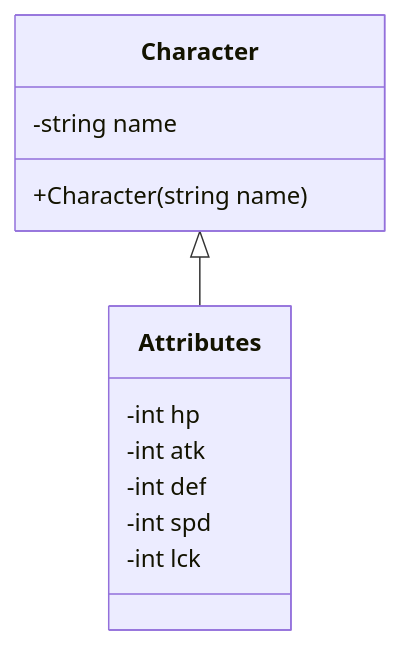
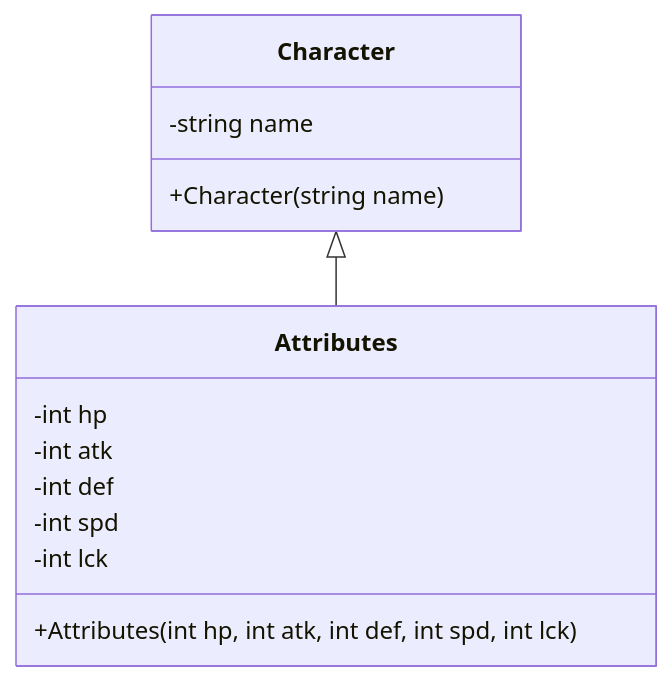
One commit to AlejandroSnap/PROYECTO-POO changed the diagram in Diagrama.md. Above: the diagram before and after it, drawn with Mermaid.

````diff
--- a/Diagrama.md
+++ b/Diagrama.md
@@ -3,17 +3,18 @@
 ```mermaid
 classDiagram
     class Character {
         -string name
         +Character(string name)
     }
 
     class Attributes {
         -int hp
         -int atk
         -int def
         -int spd
         -int lck
+        +Attributes(int hp, int atk, int def, int spd, int lck)
     }
 
     Character <|-- Attributes
 ```
````
